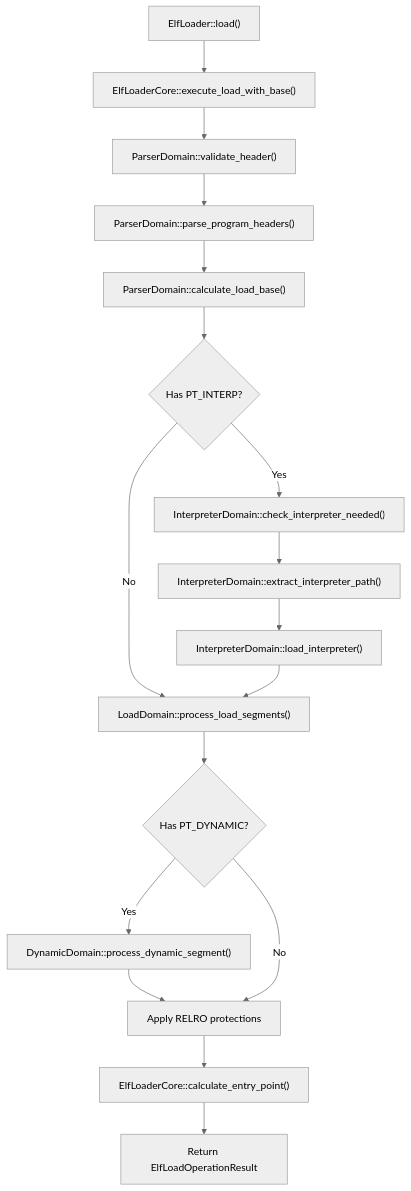
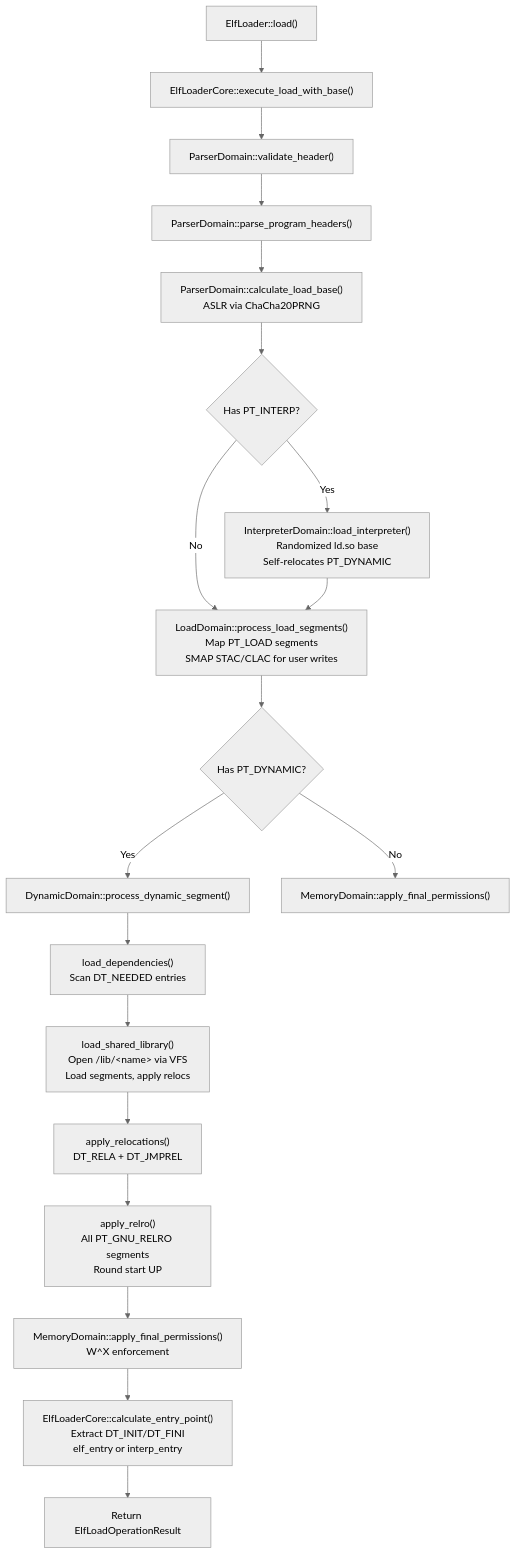
One commit to KitsuneBSD/FKernel changed the diagram in Docs/Kernel/Loader/README.md. Above: the diagram before and after it, drawn with Mermaid (neutral theme). The commit also changed other lines of this file and 15 other files, not shown here.

Commit message:
docs: update TODO.md and architecture documentation for session 12

````diff
--- a/Docs/Kernel/Loader/README.md
+++ b/Docs/Kernel/Loader/README.md
@@ -9,23 +9,25 @@
 ```mermaid
 flowchart TD
     A["ElfLoader::load()"] --> B["ElfLoaderCore::execute_load_with_base()"]
 
     B --> C["ParserDomain::validate_header()"]
     C --> D["ParserDomain::parse_program_headers()"]
-    D --> E["ParserDomain::calculate_load_base()"]
+    D --> E["ParserDomain::calculate_load_base()<br/>ASLR via ChaCha20PRNG"]
 
     E --> F{"Has PT_INTERP?"}
-    F -->|Yes| G["InterpreterDomain::check_interpreter_needed()"]
-    G --> G1["InterpreterDomain::extract_interpreter_path()"]
-    G1 --> G2["InterpreterDomain::load_interpreter()"]
-    F -->|No| H["LoadDomain::process_load_segments()"]
-    G2 --> H
+    F -->|Yes| G["InterpreterDomain::load_interpreter()<br/>Randomized ld.so base<br/>Self-relocates PT_DYNAMIC"]
+    F -->|No| H["LoadDomain::process_load_segments()<br/>Map PT_LOAD segments<br/>SMAP STAC/CLAC for user writes"]
+    G --> H
 
     H --> I{"Has PT_DYNAMIC?"}
     I -->|Yes| J["DynamicDomain::process_dynamic_segment()"]
-    J --> K["Apply RELRO protections"]
-    I -->|No| K
+    J --> J1["load_dependencies()<br/>Scan DT_NEEDED entries"]
+    J1 --> J2["load_shared_library()<br/>Open /lib/&lt;name> via VFS<br/>Load segments, apply relocs"]
+    J2 --> J3["apply_relocations()<br/>DT_RELA + DT_JMPREL"]
+    I -->|No| K["MemoryDomain::apply_final_permissions()"]
 
-    K --> L["ElfLoaderCore::calculate_entry_point()"]
-    L --> M["Return ElfLoadOperationResult"]
+    J3 --> L["apply_relro()<br/>All PT_GNU_RELRO segments<br/>Round start UP"]
+    L --> M["MemoryDomain::apply_final_permissions()<br/>W^X enforcement"]
+    M --> N["ElfLoaderCore::calculate_entry_point()<br/>Extract DT_INIT/DT_FINI<br/>elf_entry or interp_entry"]
+    N --> O["Return ElfLoadOperationResult"]
 ```
````
